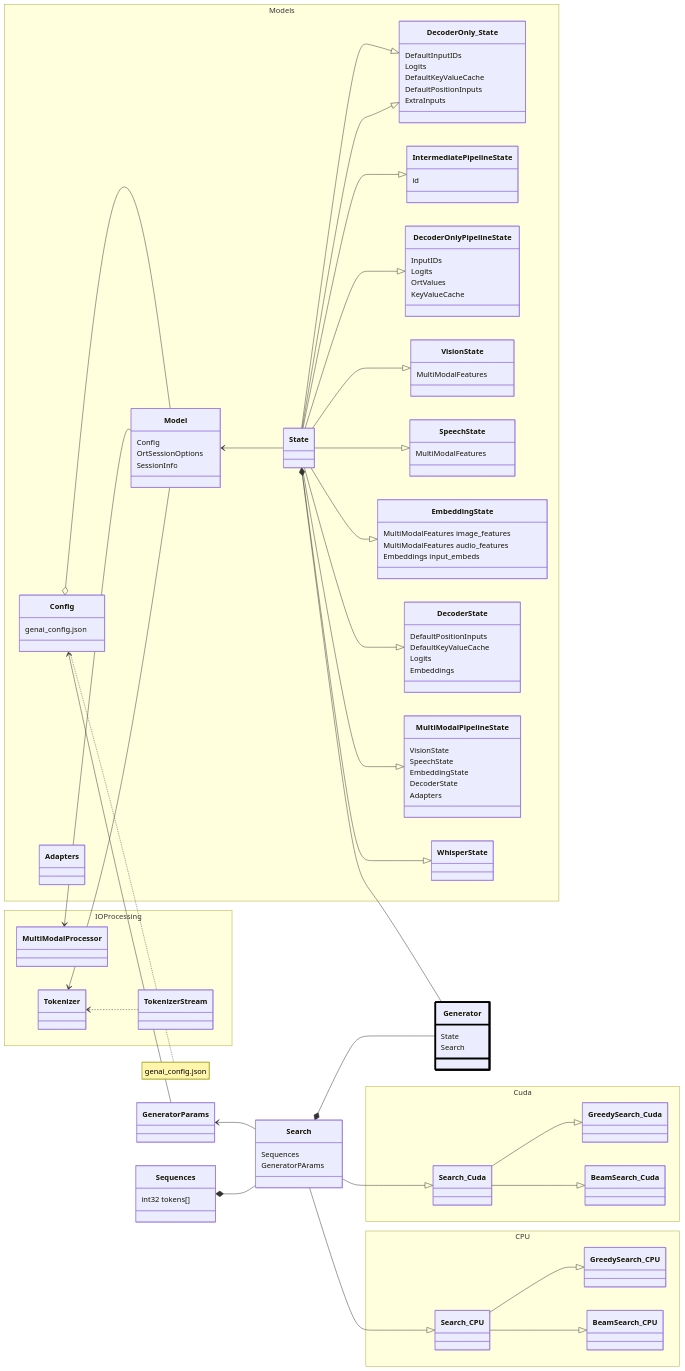
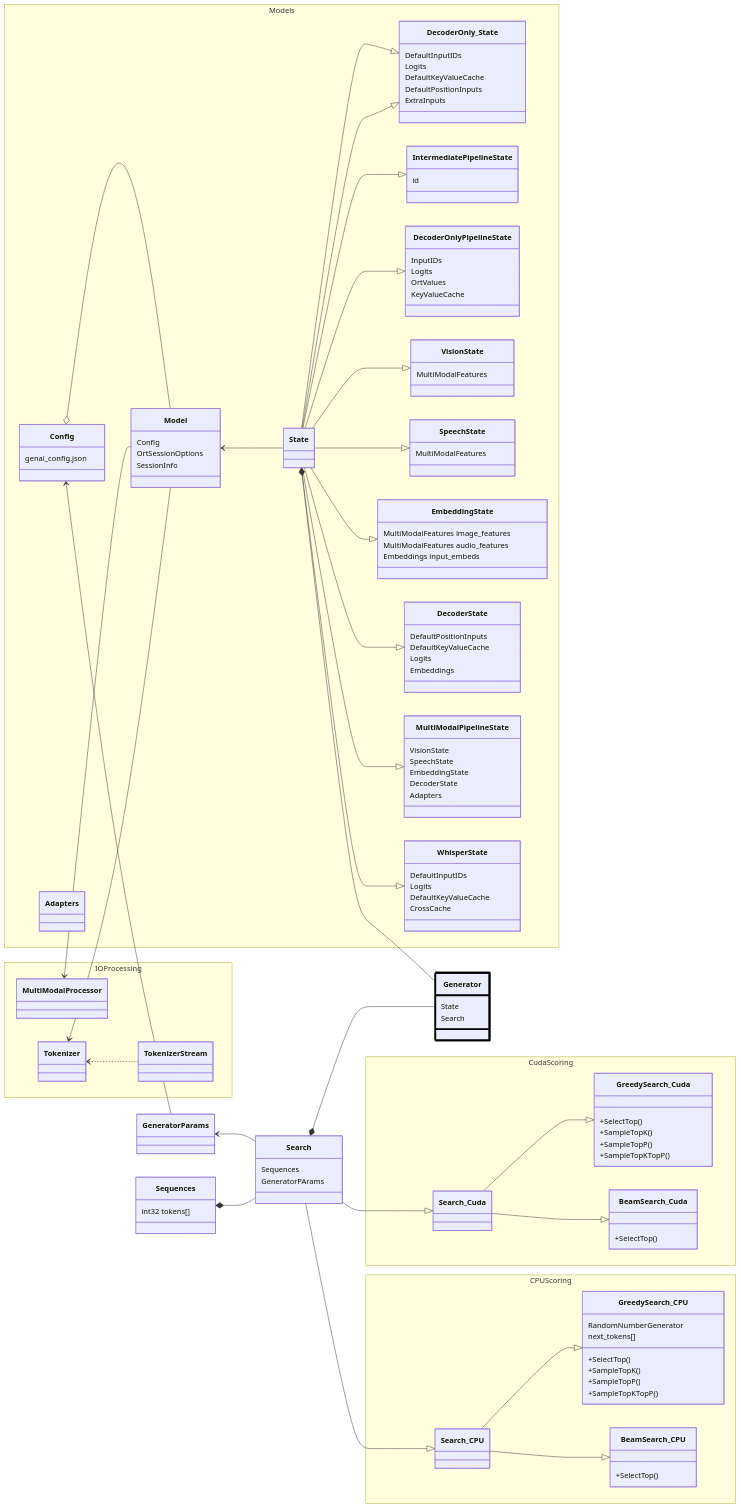
One commit to microsoft/onnxruntime-genai changed the first of 2 diagrams in architecture.md. Above: the diagram before and after it, drawn with Mermaid.

```diff
--- a/architecture.md
+++ b/architecture.md
@@ -57,6 +57,10 @@
       Adapters
     }
     class WhisperState{
+      DefaultInputIDs
+      Logits
+      DefaultKeyValueCache
+      CrossCache
     }
   }
   DecoderOnly_State <|-- State
@@ -80,32 +84,43 @@
   Model --> Tokenizer
   Model --> MultiModalProcessor
   TokenizerStream ..> Tokenizer
-  note for Config "genai_config.json"
-  namespace CPU {
+  namespace CPUScoring {
     class Search_CPU{
     }
     class GreedySearch_CPU{
+       RandomNumberGenerator
+       next_tokens[]
+       +SelectTop()
+       +SampleTopK()
+       +SampleTopP()
+       +SampleTopKTopP()
     }
     class BeamSearch_CPU{
+       +SelectTop()
     }
   }
-  namespace Cuda {
+  namespace CudaScoring {
     class Search_Cuda{
     }
     class GreedySearch_Cuda{
+       +SelectTop()
+       +SampleTopK()
+       +SampleTopP()
+       +SampleTopKTopP()
     }
     class BeamSearch_Cuda{
+       +SelectTop()
     }
+  }
+  class Search{
+    Sequences
+    GeneratorPArams
   }
   class GeneratorParams{
   }
   GeneratorParams --> Config
   class Sequences {
     int32 tokens[]
-  }
-  class Search{
-    Sequences
-    GeneratorPArams
   }
   class Generator{
     State
```
